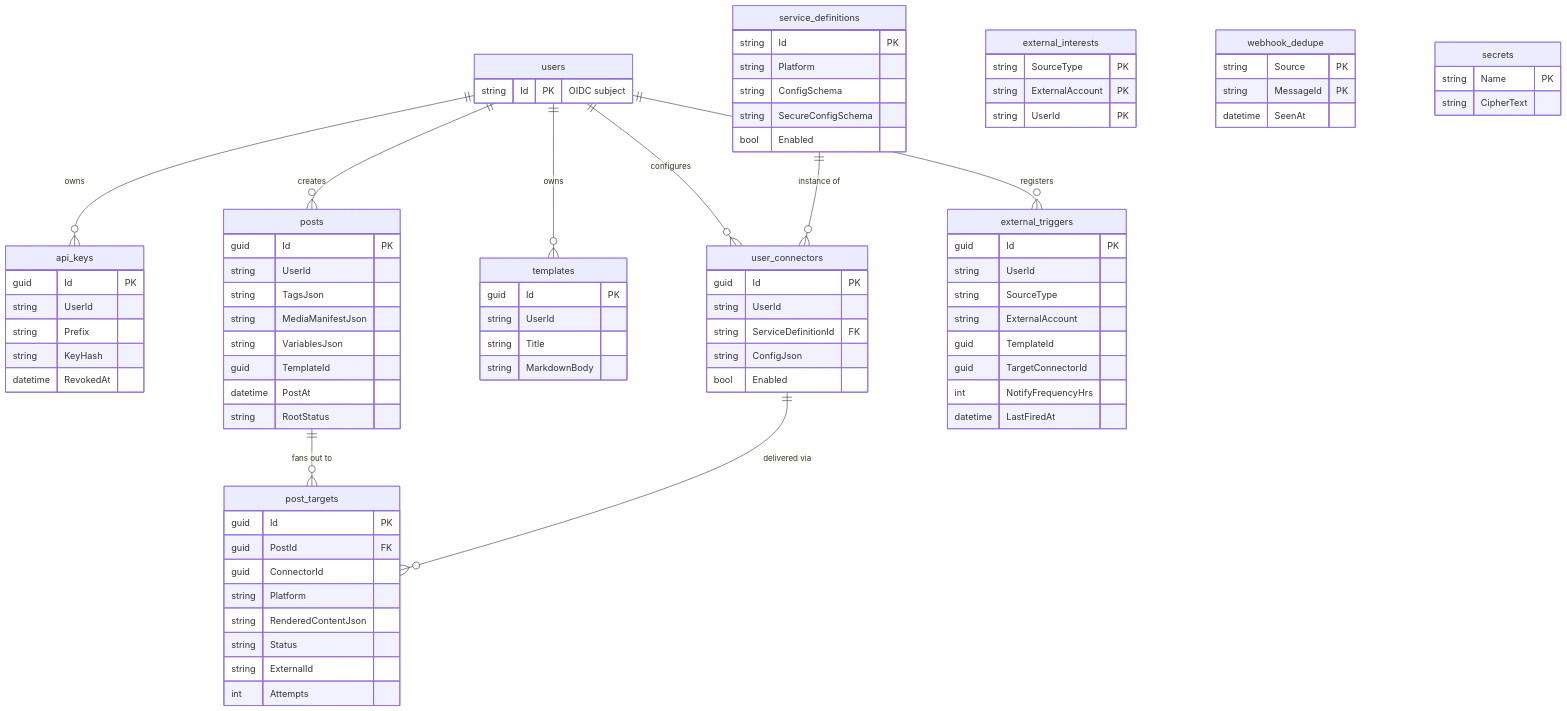
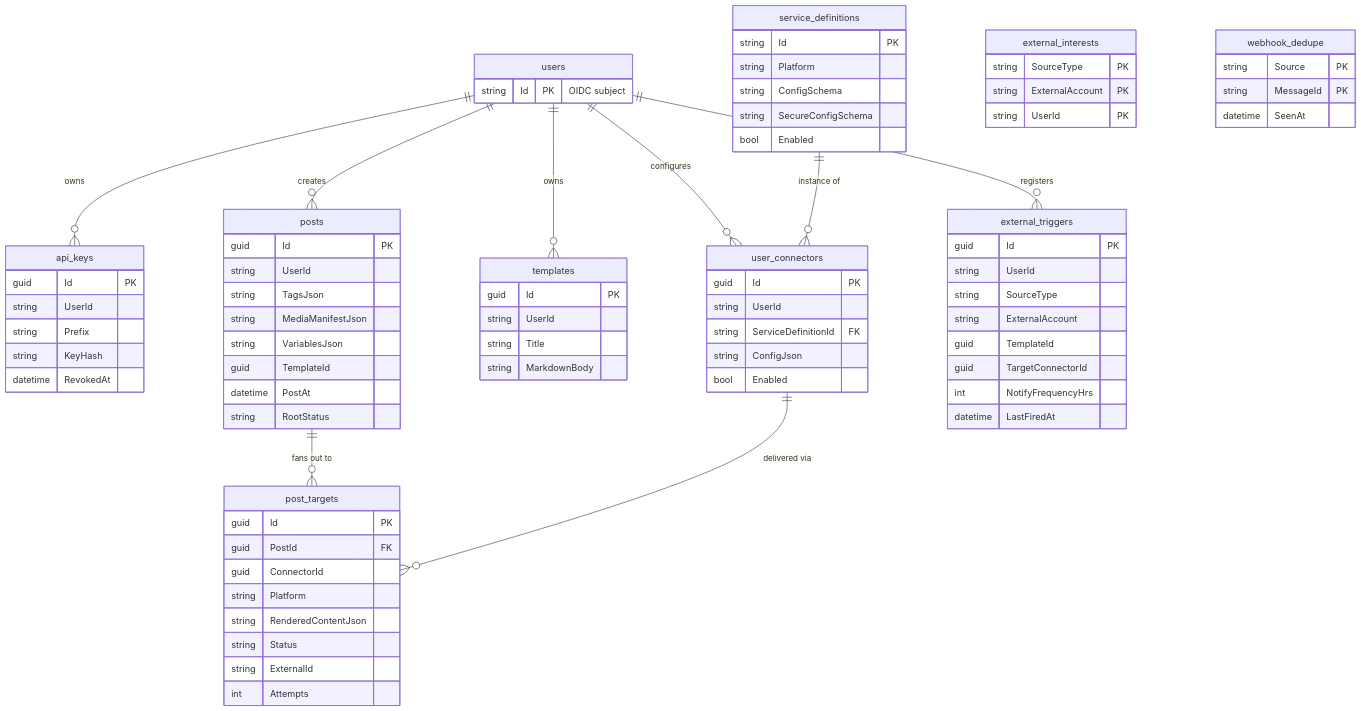
One commit to PostyFox/postyfox-core changed the third of 7 diagrams in docs/ARCHITECTURE.md. Above: the diagram before and after it, drawn with Mermaid. The commit also changed other lines of this file and 48 other files, not shown here.

````diff
--- a/docs/ARCHITECTURE.md
+++ b/docs/ARCHITECTURE.md
@@ -207,8 +207,4 @@
         string MessageId PK
         datetime SeenAt
     }
-    secrets {
-        string Name PK
-        string CipherText
-    }
 ```
````
